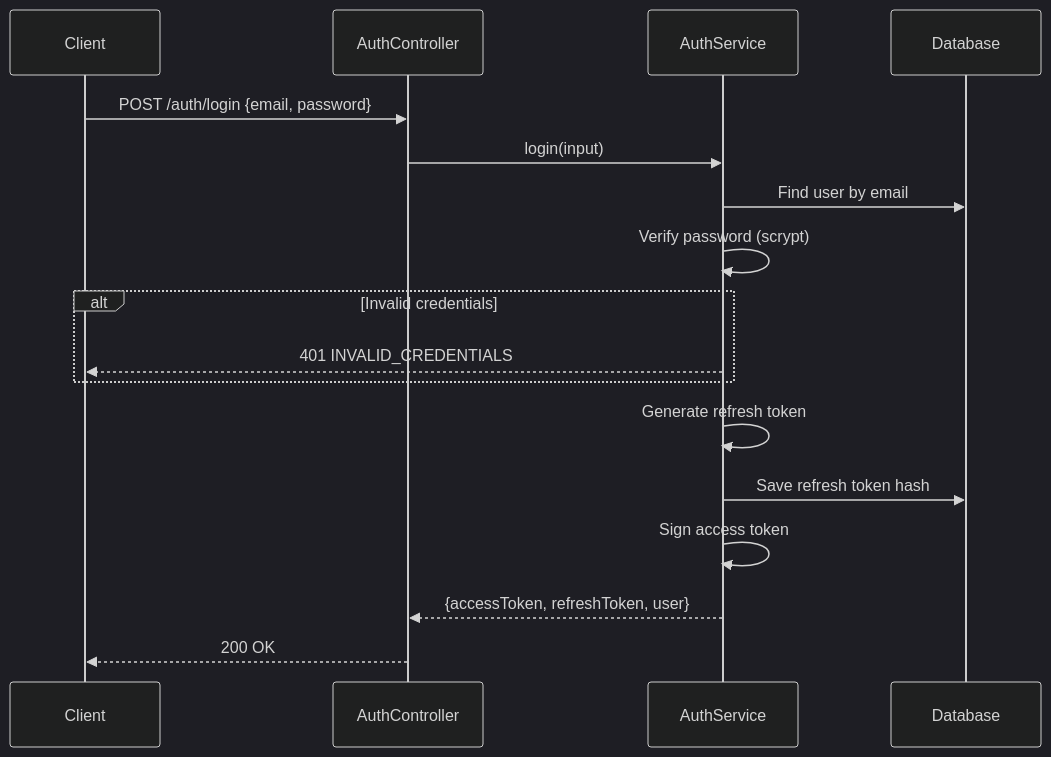
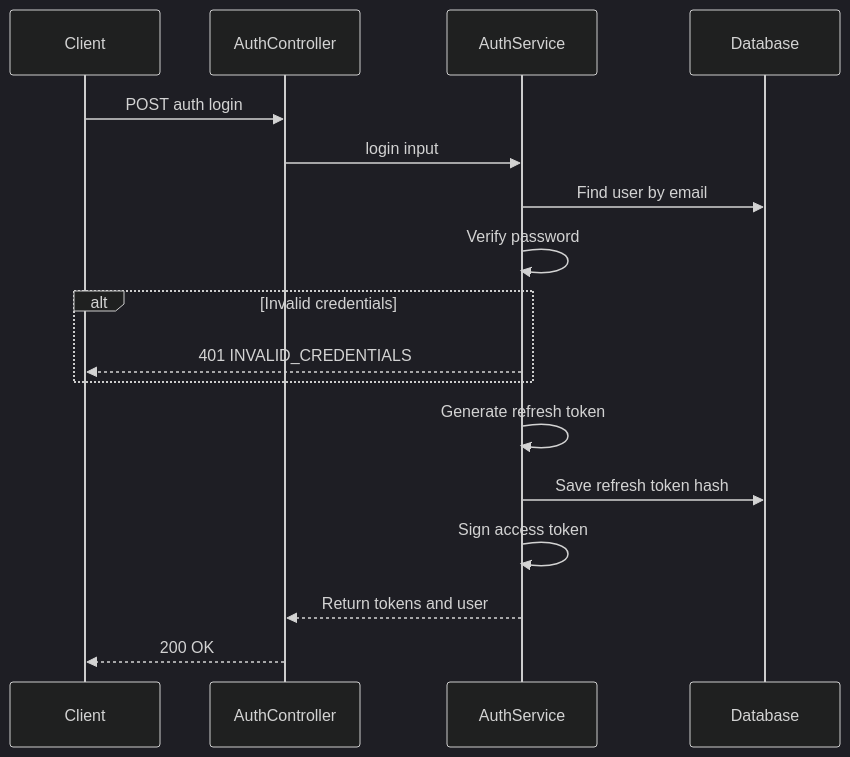
One commit to mdfarhan9304/Invocore changed the fifth of 7 diagrams in README.md. Above: the diagram before and after it, drawn with Mermaid (dark theme). The commit also changed other lines of this file, not shown here.

First line of the commit message:
Fix GitHub Mermaid diagrams that failed to render

````diff
--- a/README.md
+++ b/README.md
@@ -386,22 +386,22 @@
 ```mermaid
 sequenceDiagram
     participant Client
     participant AuthController
     participant AuthService
     participant Database
 
-    Client->>AuthController: POST /auth/login {email, password}
-    AuthController->>AuthService: login(input)
+    Client->>AuthController: POST auth login
+    AuthController->>AuthService: login input
 
     AuthService->>Database: Find user by email
-    AuthService->>AuthService: Verify password (scrypt)
+    AuthService->>AuthService: Verify password
     alt Invalid credentials
         AuthService-->>Client: 401 INVALID_CREDENTIALS
     end
 
     AuthService->>AuthService: Generate refresh token
     AuthService->>Database: Save refresh token hash
     AuthService->>AuthService: Sign access token
-    AuthService-->>AuthController: {accessToken, refreshToken, user}
+    AuthService-->>AuthController: Return tokens and user
     AuthController-->>Client: 200 OK
 ```
````
